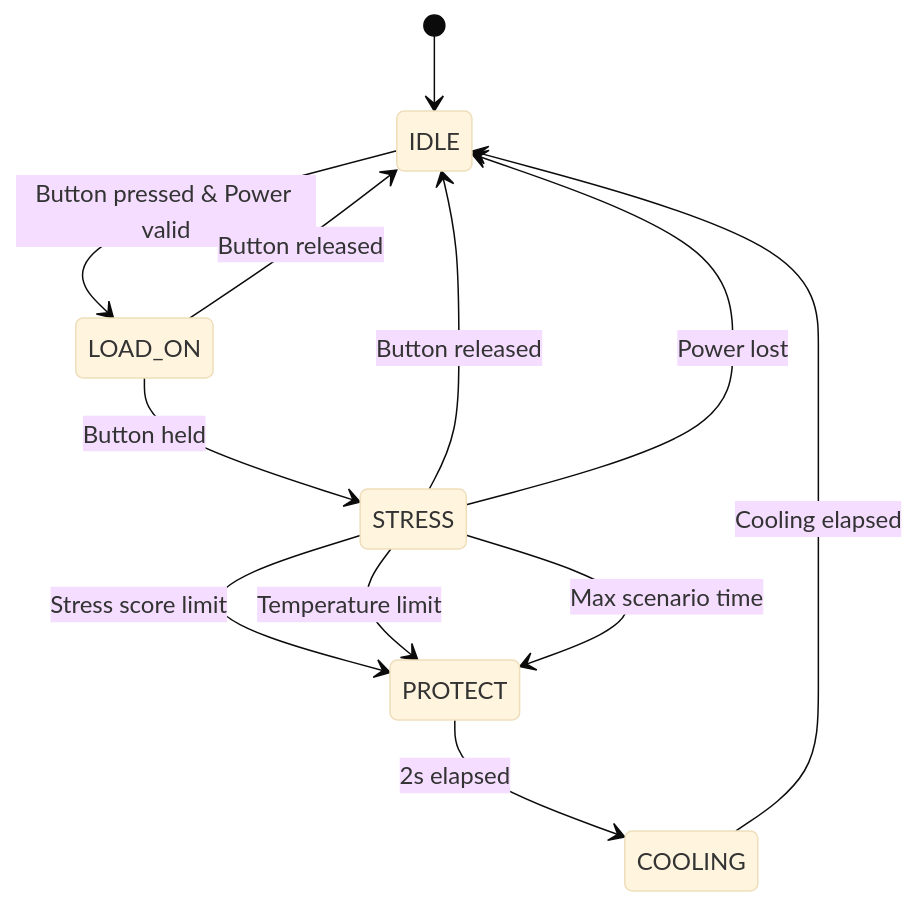
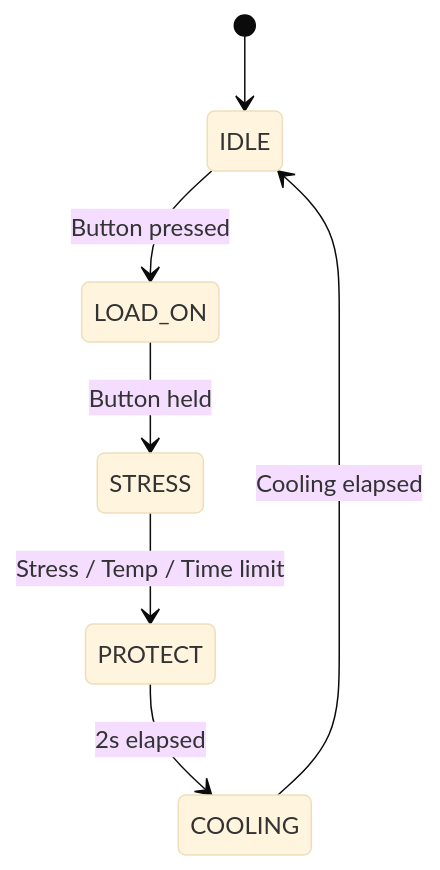
Before and after one commit to rjsdl5389/BSAPS: the diagram in README.md, drawn with Mermaid (base theme).

````diff
--- a/README.md
+++ b/README.md
@@ -100,18 +100,10 @@
 ```mermaid
 stateDiagram-v2
     [*] --> IDLE
-
-    IDLE --> LOAD_ON : Button pressed & Power valid
+    IDLE --> LOAD_ON : Button pressed
     LOAD_ON --> STRESS : Button held
 
-    STRESS --> PROTECT : Stress score limit
-    STRESS --> PROTECT : Temperature limit
-    STRESS --> PROTECT : Max scenario time
-
-    LOAD_ON --> IDLE : Button released
-    STRESS --> IDLE : Button released
-    STRESS --> IDLE : Power lost
-
+    STRESS --> PROTECT : Stress / Temp / Time limit
     PROTECT --> COOLING : 2s elapsed
     COOLING --> IDLE : Cooling elapsed
 ```
````
